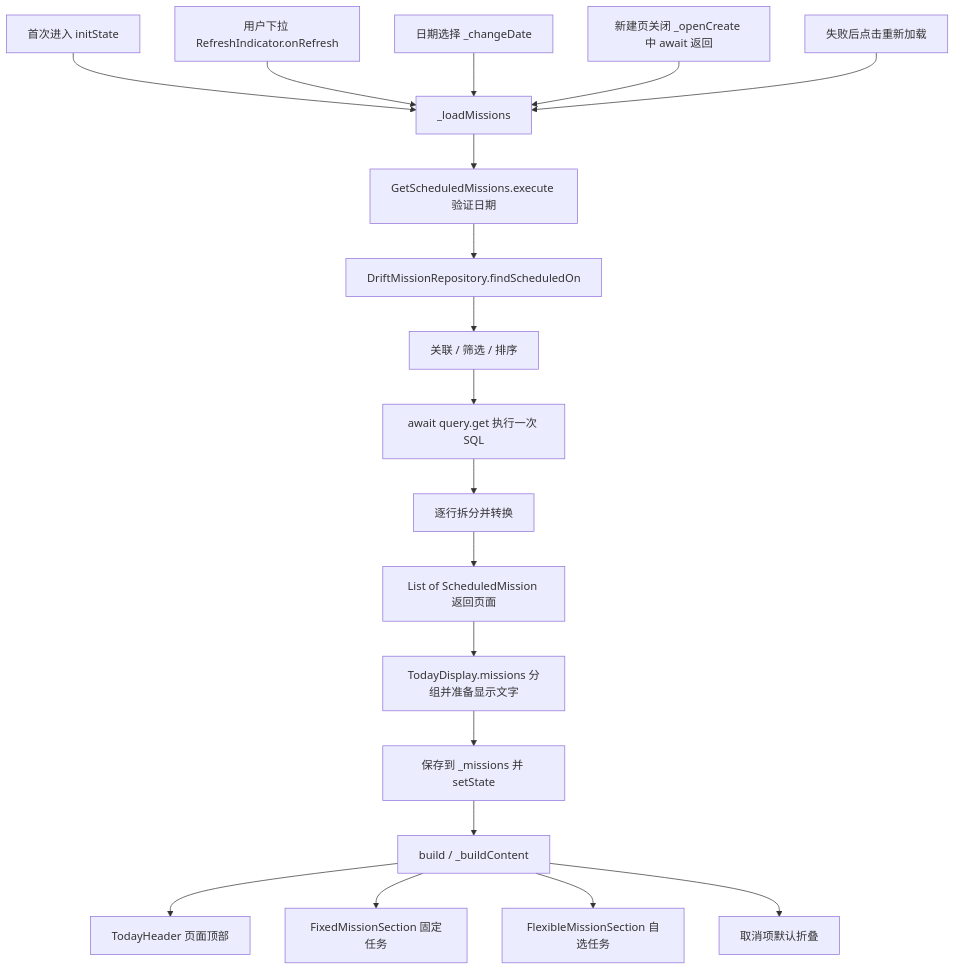
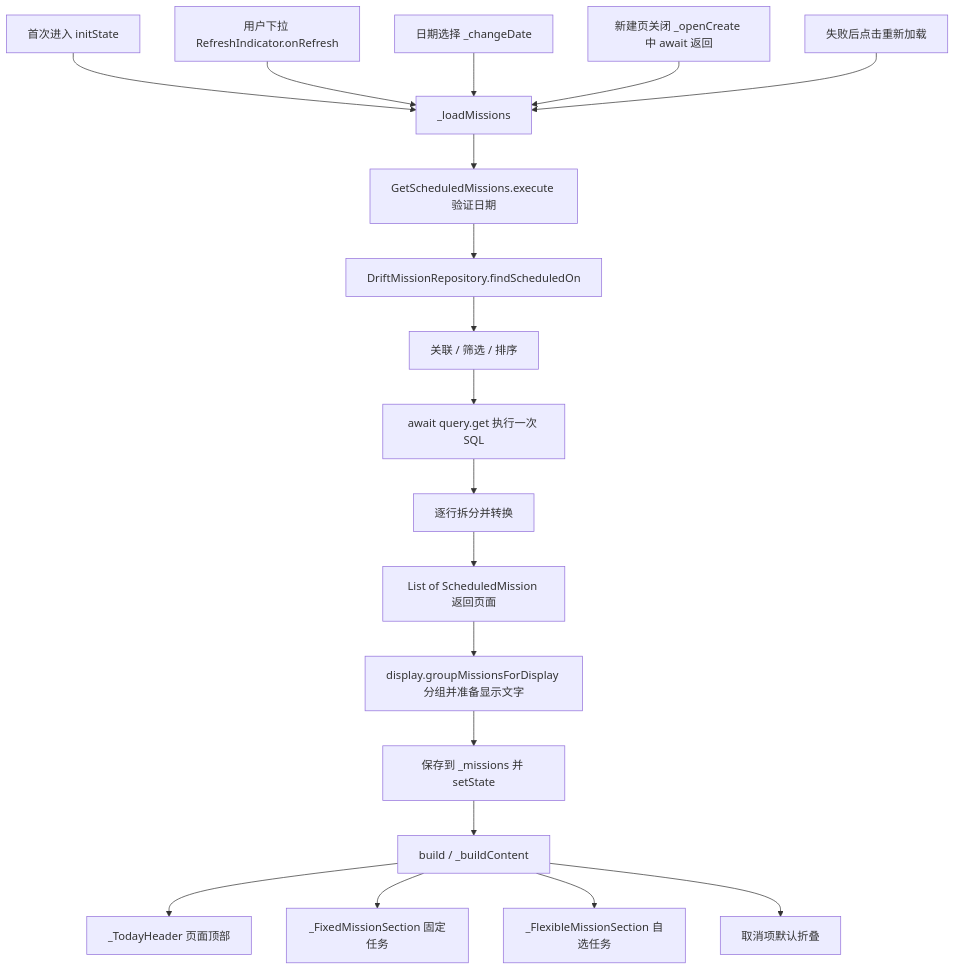
Before and after one commit to Liuxin4950/MissionBook: the first of 2 diagrams in docs/教学/U06-今天页真实列表.md, drawn with Mermaid. The commit also changed other lines of this file and 28 other files, not shown here.

````diff
--- a/docs/教学/U06-今天页真实列表.md
+++ b/docs/教学/U06-今天页真实列表.md
@@ -7,21 +7,21 @@
 ```mermaid
 flowchart TD
   I[首次进入 initState] --> L[_loadMissions]
   P[用户下拉 RefreshIndicator.onRefresh] --> L
   C[日期选择 _changeDate] --> L
   N[新建页关闭 _openCreate 中 await 返回] --> L
   E[失败后点击重新加载] --> L
   L --> A[GetScheduledMissions.execute 验证日期]
   A --> R[DriftMissionRepository.findScheduledOn]
   R --> Q[关联 / 筛选 / 排序]
   Q --> G[await query.get 执行一次 SQL]
   G --> V[逐行拆分并转换]
   V --> B[List of ScheduledMission 返回页面]
-  B --> D[TodayDisplay.missions 分组并准备显示文字]
+  B --> D[display.groupMissionsForDisplay 分组并准备显示文字]
   D --> S[保存到 _missions 并 setState]
   S --> U[build / _buildContent]
-  U --> H[TodayHeader 页面顶部]
-  U --> F[FixedMissionSection 固定任务]
-  U --> X[FlexibleMissionSection 自选任务]
+  U --> H[_TodayHeader 页面顶部]
+  U --> F[_FixedMissionSection 固定任务]
+  U --> X[_FlexibleMissionSection 自选任务]
   U --> K[取消项默认折叠]
 ```
````
